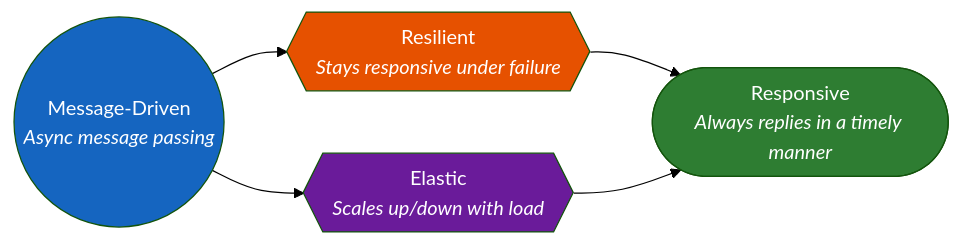
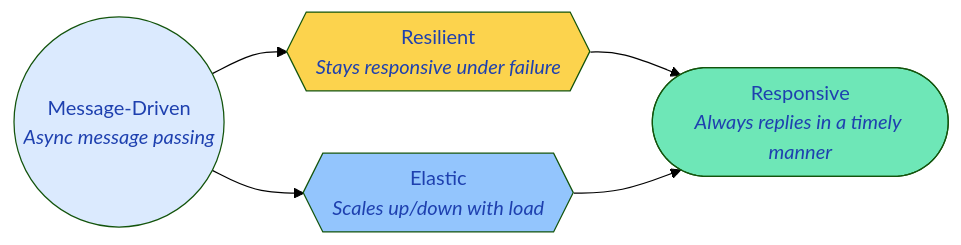
One commit to saivamsikaruturi/vamsilabs-dev-notes-main changed the first of 4 diagrams in docs/java/ReactiveStreams.md. Above: the diagram before and after it, drawn with Mermaid (forest theme). The commit also changed other lines of this file and 220 other files, not shown here.

First line of the commit message:
Add 50+ new Java/Spring Boot pages, rewrite CSS code blocks to Oracle style, fix all diagram colors

````diff
--- a/docs/java/ReactiveStreams.md
+++ b/docs/java/ReactiveStreams.md
@@ -11,17 +11,17 @@
 ```mermaid
 flowchart LR
     RESPONSIVE(["Responsive<br/><i>Always replies in a timely manner</i>"])
     RESILIENT{{"Resilient<br/><i>Stays responsive under failure</i>"}}
     ELASTIC{{"Elastic<br/><i>Scales up/down with load</i>"}}
     MESSAGE(("Message-Driven<br/><i>Async message passing</i>"))
 
     MESSAGE --> RESILIENT
     MESSAGE --> ELASTIC
     RESILIENT --> RESPONSIVE
     ELASTIC --> RESPONSIVE
 
-    style RESPONSIVE fill:#2e7d32,color:#fff
-    style MESSAGE fill:#1565c0,color:#fff
-    style RESILIENT fill:#e65100,color:#fff
-    style ELASTIC fill:#6a1b9a,color:#fff
+    style RESPONSIVE fill:#6EE7B7,color:#1E40AF
+    style MESSAGE fill:#DBEAFE,color:#1E40AF
+    style RESILIENT fill:#FCD34D,color:#1E40AF
+    style ELASTIC fill:#93C5FD,color:#1E40AF
 ```
````
